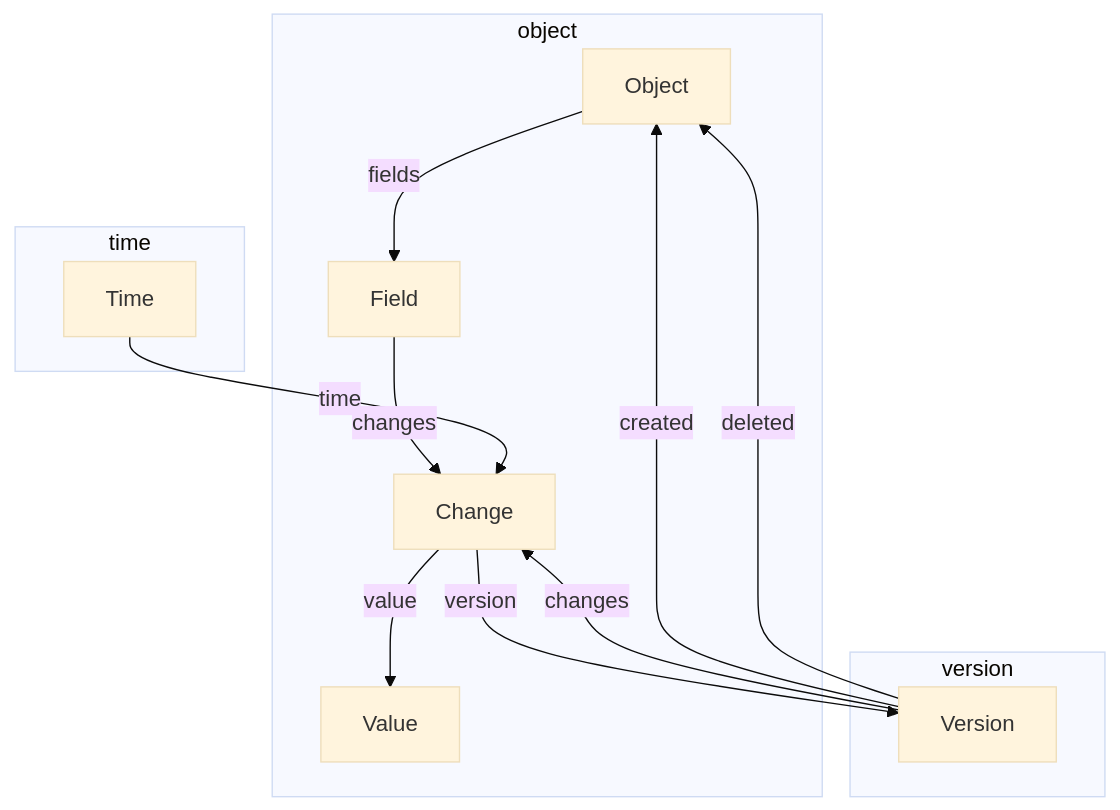
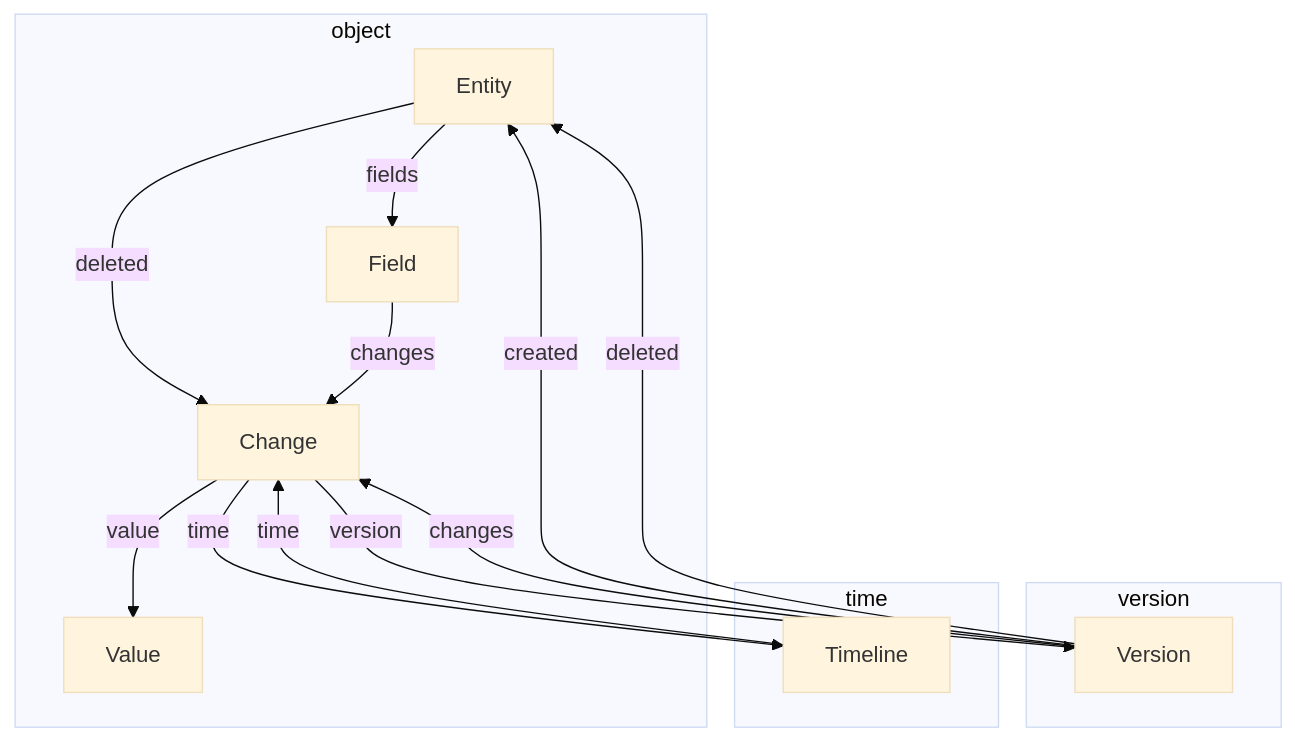
The diagram in README.md (uminus/bi-temporal-model), drawn with Mermaid (base theme) before and after one commit. The commit also changed other lines of this file and 6 other files, not shown here.

Commit message:
timeline: Add Timeline

````diff
--- a/README.md
+++ b/README.md
@@ -20,20 +21,28 @@
 ```mermaid
 graph TD
     subgraph object
-        Object-->|fields| Field
-        Field-->|changes| Change
-        Change-->|value| Value
+        Entity
+        Field
+        Change
+        Value
     end
     
+    Entity-->|fields| Field
+    Entity-->|deleted| Change
+    Field-->|changes| Change
+    Change-->|value| Value
+    Change-->|version| Version
+    Change-->|time| Timeline
+    
     subgraph version
+        Version
         Version-->|changes| Change
-        Version-->|created| Object
-        Version-->|deleted| Object
+        Version-->|created| Entity
+        Version-->|deleted| Entity
     end
     
     subgraph time
-        Time-->|time| Change
+        Timeline
+        Timeline-->|time| Change
     end
-    
-    Change-->|version| Version
 ```
````
